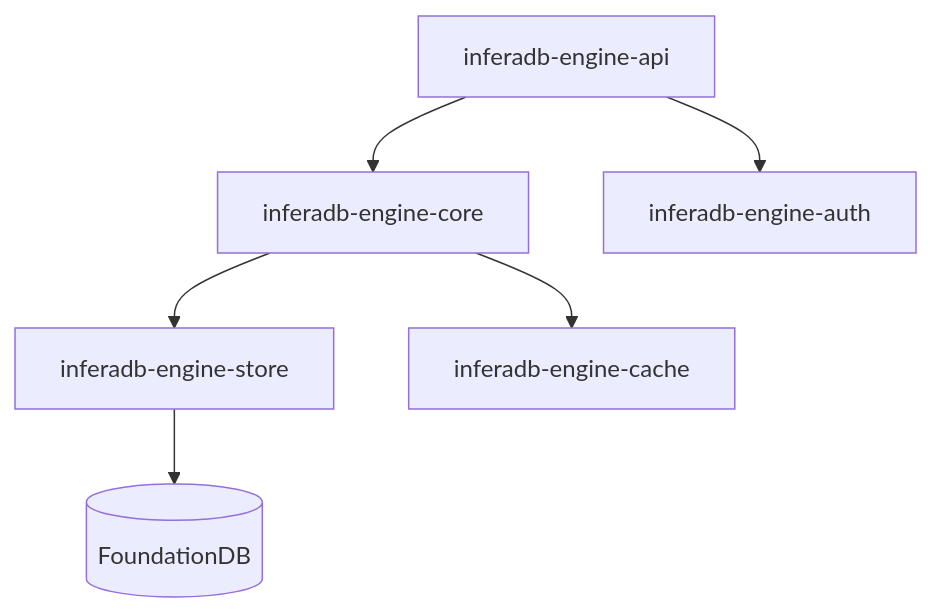
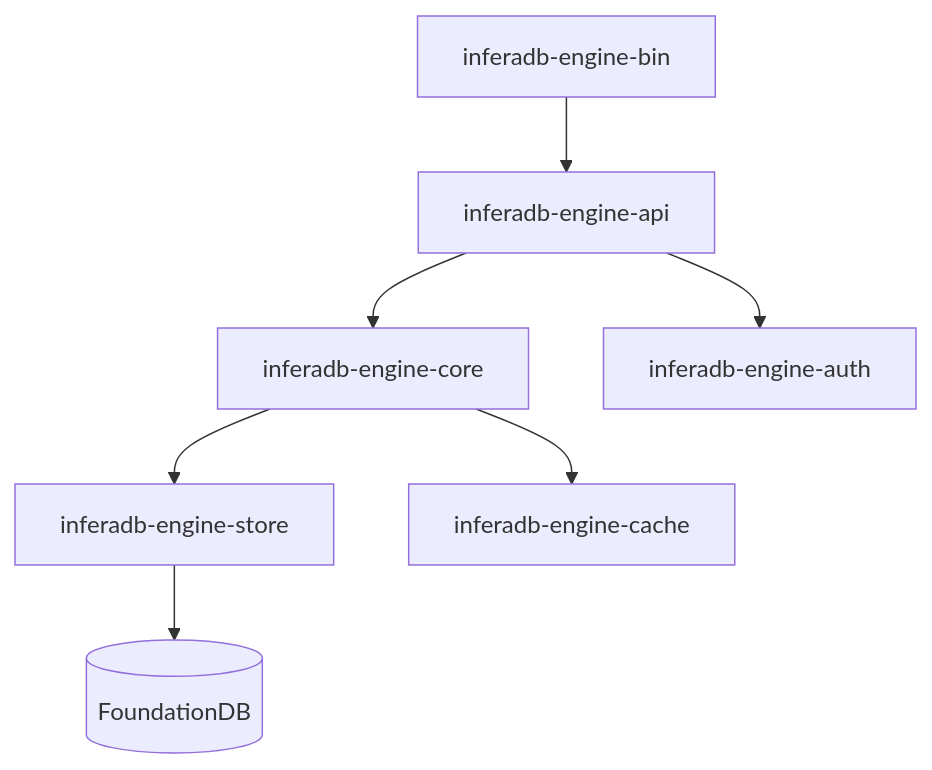
Before and after one commit to inferadb/engine: the diagram in README.md, drawn with Mermaid. The commit also changed other lines of this file and 3 other files, not shown here.

````diff
--- a/README.md
+++ b/README.md
@@ -55,8 +63,9 @@
 ```mermaid
 graph TD
-    API[inferadb-engine-api] --> Core[inferadb-engine-core]
+    Bin[inferadb-engine-bin] --> API[inferadb-engine-api]
+    API --> Core[inferadb-engine-core]
     API --> Auth[inferadb-engine-auth]
     Core --> Store[inferadb-engine-store]
     Core --> Cache[inferadb-engine-cache]
     Store --> FDB[(FoundationDB)]
 ```
````
